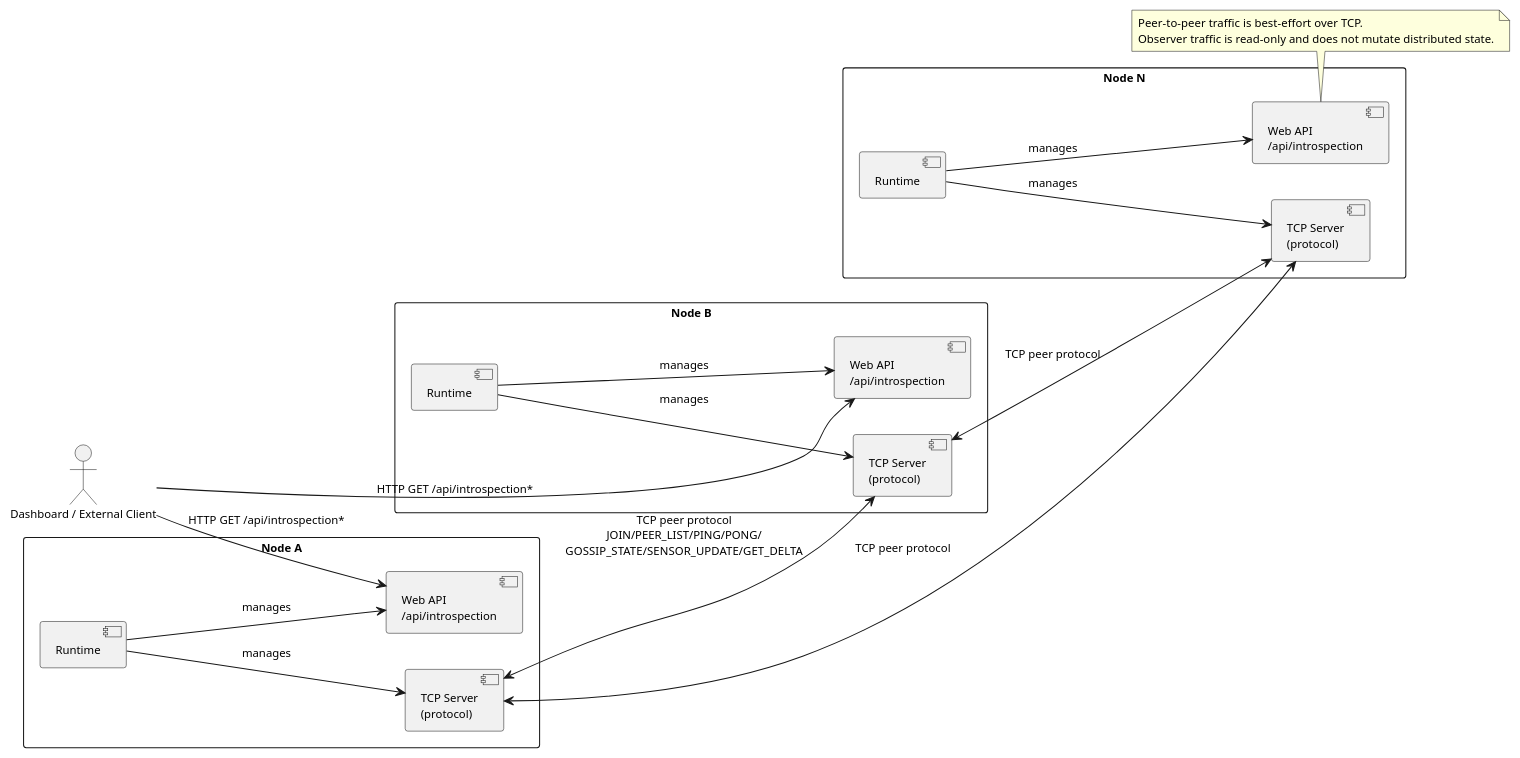
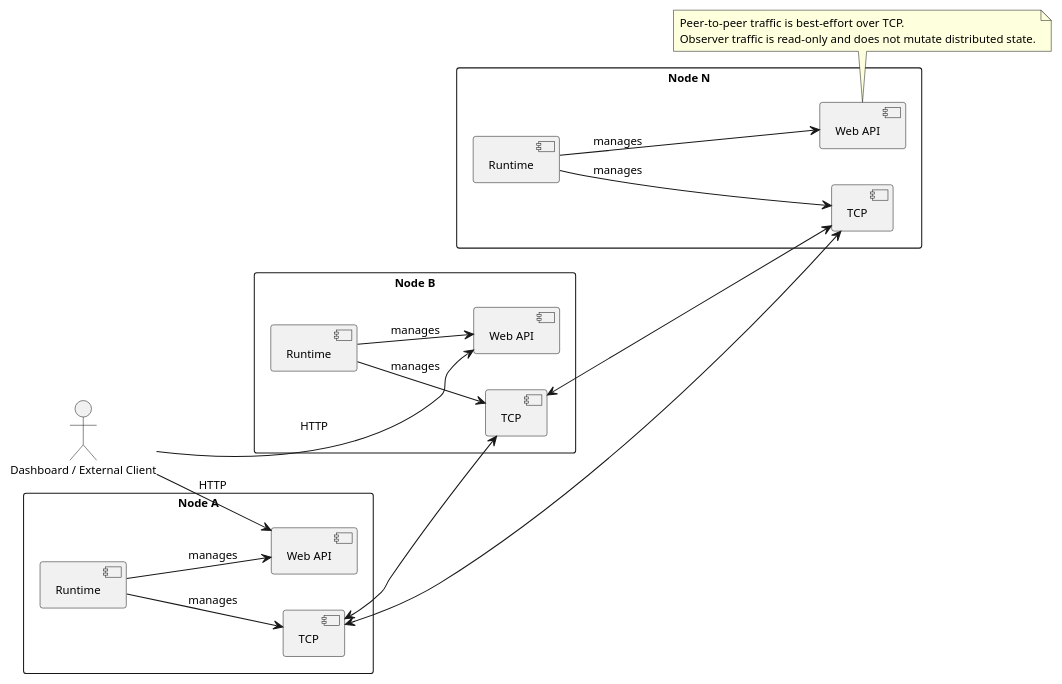
The diagram in docs/diagrams/src/deployment-cluster.puml (AlexSantini10/distributed-sensor-hub), drawn with PlantUML before and after one commit. The commit also changed 1 other file, not shown here.

Commit message:
docs: :memo: update diagrams

```diff
--- a/docs/diagrams/src/deployment-cluster.puml
+++ b/docs/diagrams/src/deployment-cluster.puml
@@ -1,46 +1,46 @@
 @startuml
 left to right direction
 scale 0.8
 skinparam dpi 120
 skinparam defaultFontSize 11
 
 actor "Dashboard / External Client" as client
 
 rectangle "Node A" as nodeA {
   component "Runtime" as rtA
-  component "TCP Server\n(protocol)" as tcpA
-  component "Web API\n/api/introspection" as apiA
+  component "TCP" as tcpA
+  component "Web API" as apiA
 }
 
 rectangle "Node B" as nodeB {
   component "Runtime" as rtB
-  component "TCP Server\n(protocol)" as tcpB
-  component "Web API\n/api/introspection" as apiB
+  component "TCP" as tcpB
+  component "Web API" as apiB
 }
 
 rectangle "Node N" as nodeN {
   component "Runtime" as rtN
-  component "TCP Server\n(protocol)" as tcpN
-  component "Web API\n/api/introspection" as apiN
+  component "TCP" as tcpN
+  component "Web API" as apiN
 }
 
 rtA --> tcpA : manages
 rtA --> apiA : manages
 rtB --> tcpB : manages
 rtB --> apiB : manages
 rtN --> tcpN : manages
 rtN --> apiN : manages
 
-tcpA <--> tcpB : TCP peer protocol\nJOIN/PEER_LIST/PING/PONG/\nGOSSIP_STATE/SENSOR_UPDATE/GET_DELTA
-tcpB <--> tcpN : TCP peer protocol
-tcpA <--> tcpN : TCP peer protocol
+tcpA <--> tcpB
+tcpB <--> tcpN
+tcpA <--> tcpN
 
-client --> apiA : HTTP GET /api/introspection*
-client --> apiB : HTTP GET /api/introspection*
+client --> apiA : HTTP
+client --> apiB : HTTP
 
 note bottom
 Peer-to-peer traffic is best-effort over TCP.
 Observer traffic is read-only and does not mutate distributed state.
 end note
 
 @enduml
```
